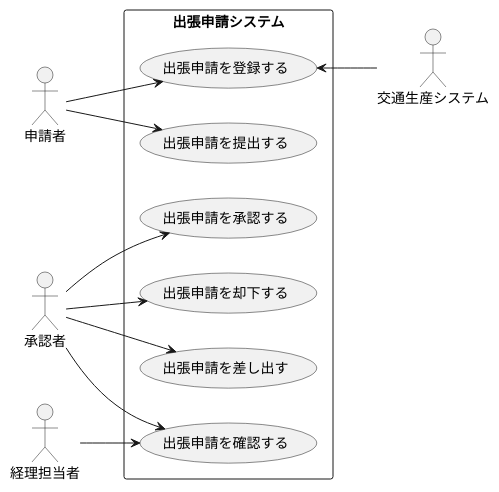
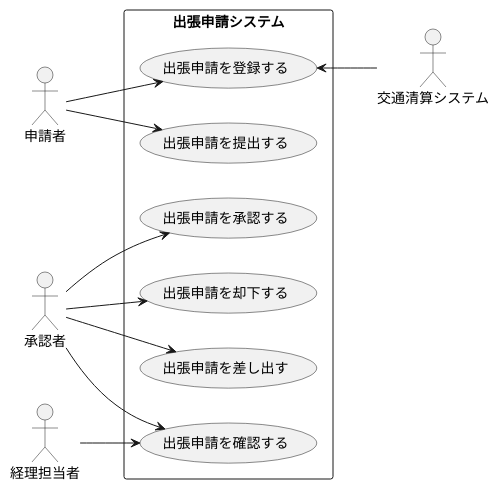
Before and after one commit to hinokanata/uml-introduction: the diagram in 演習2-1_UM_出張管理システム.pu, drawn with PlantUML.

Commit message:
出張申請システム

```diff
--- a/演習2-1_UM_出張管理システム.pu
+++ b/演習2-1_UM_出張管理システム.pu
@@ -1,24 +1,24 @@
 @startuml 演習2-1
 left to right direction
 actor 申請者
 actor 承認者
 actor 経理担当者
-actor 交通生産システム
+actor 交通清算システム
 rectangle 出張申請システム {
 usecase 出張申請を登録する 
 usecase 出張申請を提出する 
 usecase 出張申請を承認する 
 usecase 出張申請を却下する 
 usecase 出張申請を差し出す 
 usecase 出張申請を確認する 
 
 }
 申請者--> 出張申請を登録する
 申請者--> 出張申請を提出する
 承認者--> 出張申請を承認する
 承認者--> 出張申請を却下する
 承認者--> 出張申請を差し出す
 承認者--> 出張申請を確認する
 経理担当者--> 出張申請を確認する
-出張申請を登録する <--交通生産システム
+出張申請を登録する <--交通清算システム
 @enduml
```
